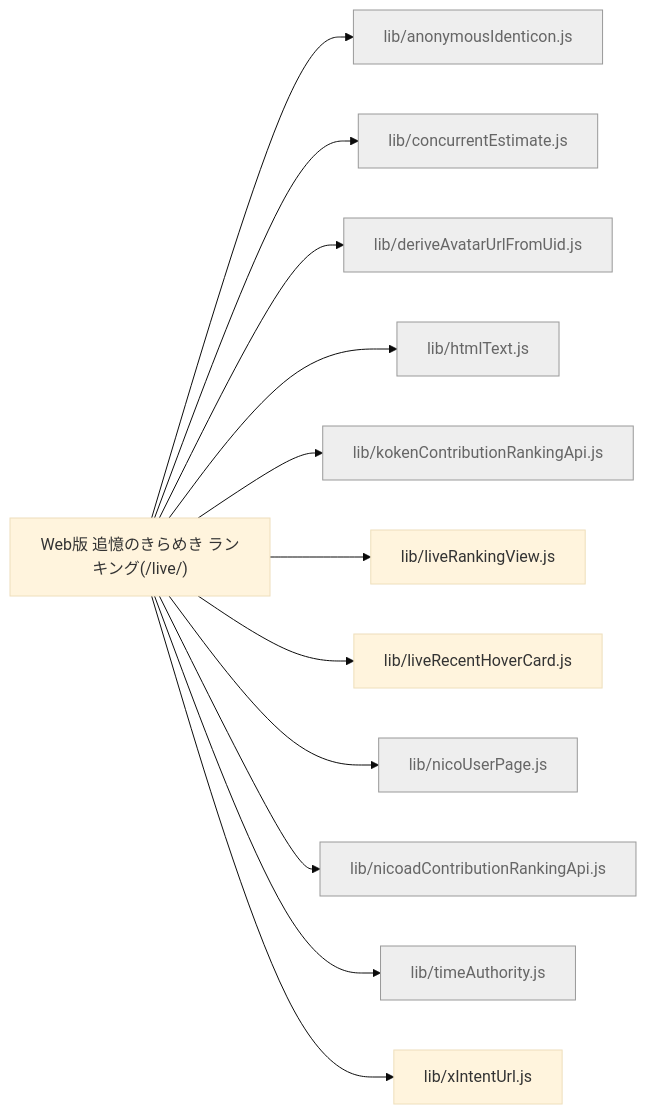
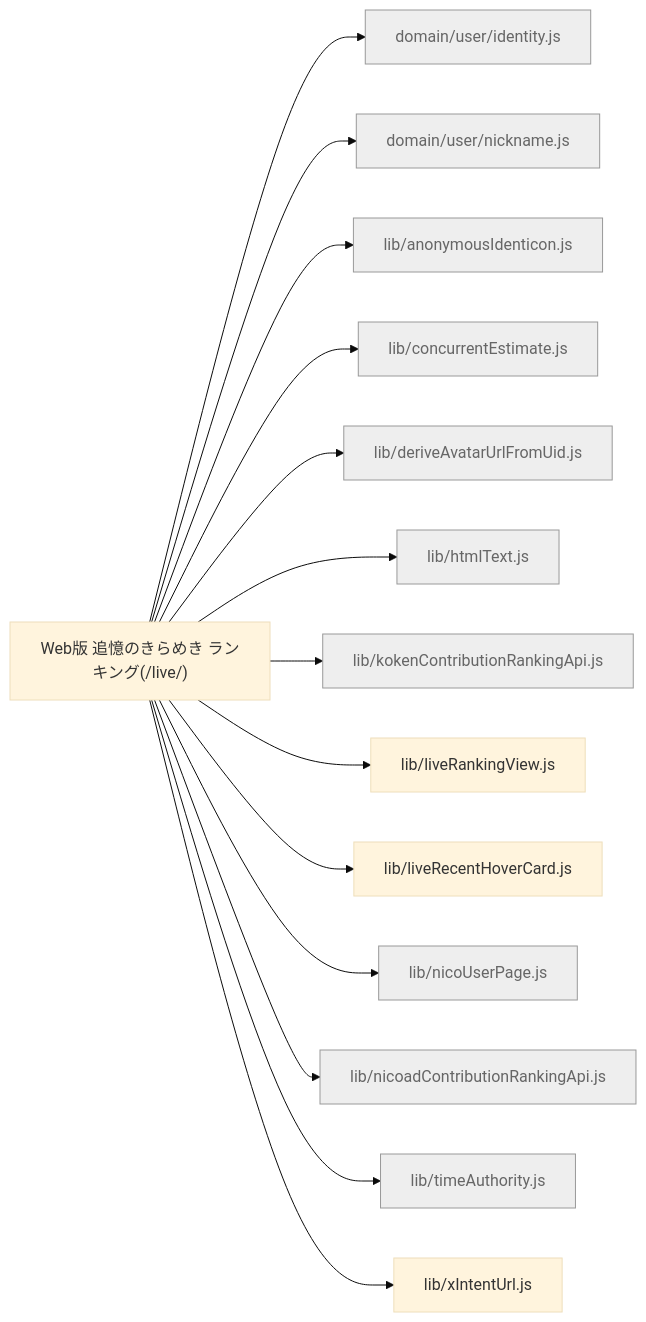
The diagram in docs/feature-map/live-ranking.md (kimito-link/tsuioku-no-kirameki.com), drawn with Mermaid (base theme) before and after one commit. The commit also changed 13 other files, not shown here.

First line of the commit message:
feat(live-ranking): サムネ付き応援者枠にハンドルネームのみの第2段を追加 (#256)

````diff
--- a/docs/feature-map/live-ranking.md
+++ b/docs/feature-map/live-ranking.md
@@ -13,16 +13,18 @@
 ```mermaid
 graph LR
   n_live_ranking["Web版 追憶のきらめき ランキング(/live/)"]
+  n_live_ranking --> n_src_domain_user_identity_js["domain/user/identity.js"]:::shared
+  n_live_ranking --> n_src_domain_user_nickname_js["domain/user/nickname.js"]:::shared
   n_live_ranking --> n_src_lib_anonymousIdenticon_js["lib/anonymousIdenticon.js"]:::shared
   n_live_ranking --> n_src_lib_concurrentEstimate_js["lib/concurrentEstimate.js"]:::shared
   n_live_ranking --> n_src_lib_deriveAvatarUrlFromUid_js["lib/deriveAvatarUrlFromUid.js"]:::shared
   n_live_ranking --> n_src_lib_htmlText_js["lib/htmlText.js"]:::shared
   n_live_ranking --> n_src_lib_kokenContributionRankingApi_js["lib/kokenContributionRankingApi.js"]:::shared
   n_live_ranking --> n_src_lib_liveRankingView_js["lib/liveRankingView.js"]
   n_live_ranking --> n_src_lib_liveRecentHoverCard_js["lib/liveRecentHoverCard.js"]
   n_live_ranking --> n_src_lib_nicoUserPage_js["lib/nicoUserPage.js"]:::shared
   n_live_ranking --> n_src_lib_nicoadContributionRankingApi_js["lib/nicoadContributionRankingApi.js"]:::shared
   n_live_ranking --> n_src_lib_timeAuthority_js["lib/timeAuthority.js"]:::shared
   n_live_ranking --> n_src_lib_xIntentUrl_js["lib/xIntentUrl.js"]
   classDef shared fill:#eee,stroke:#999,color:#666;
 ```
````
